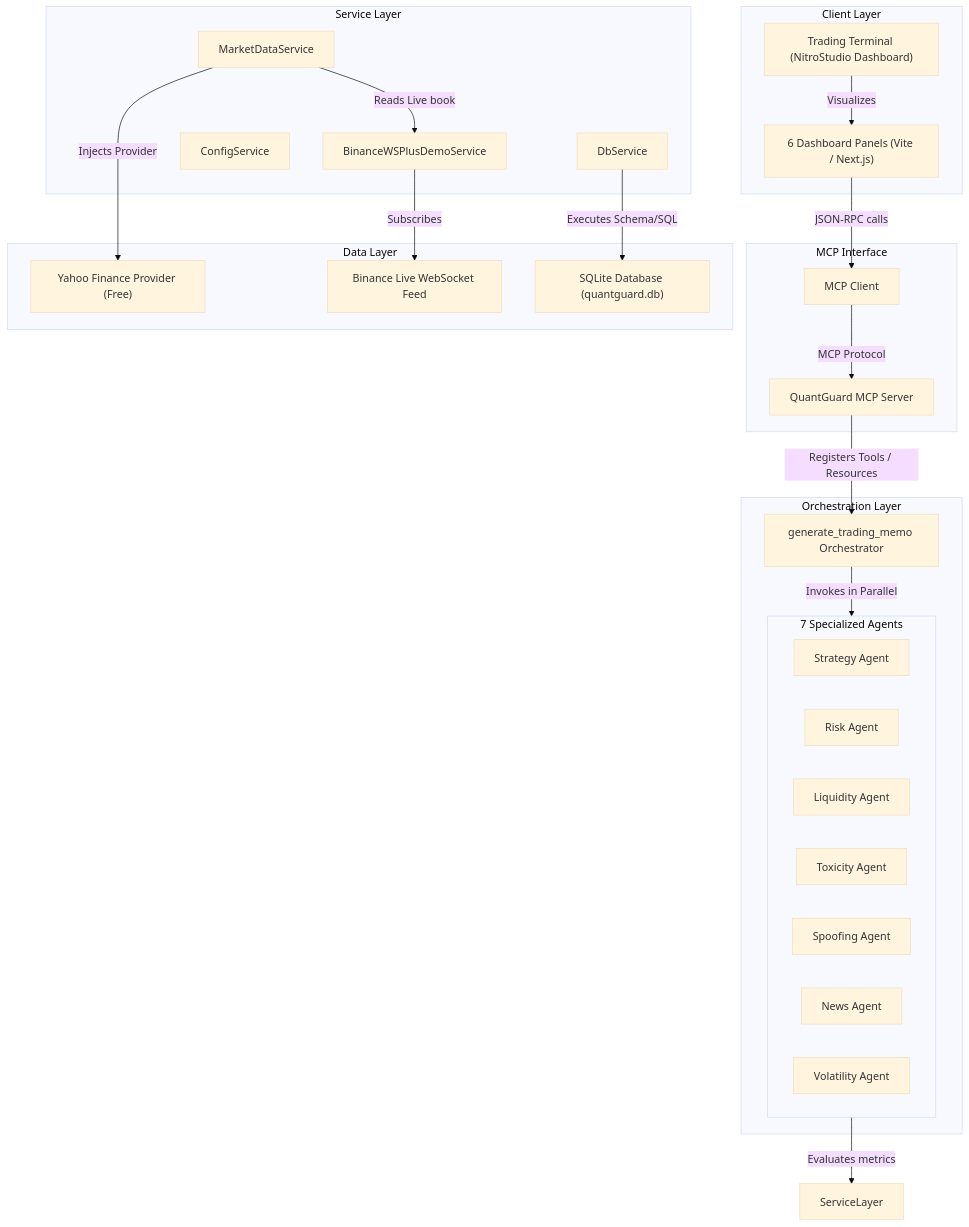
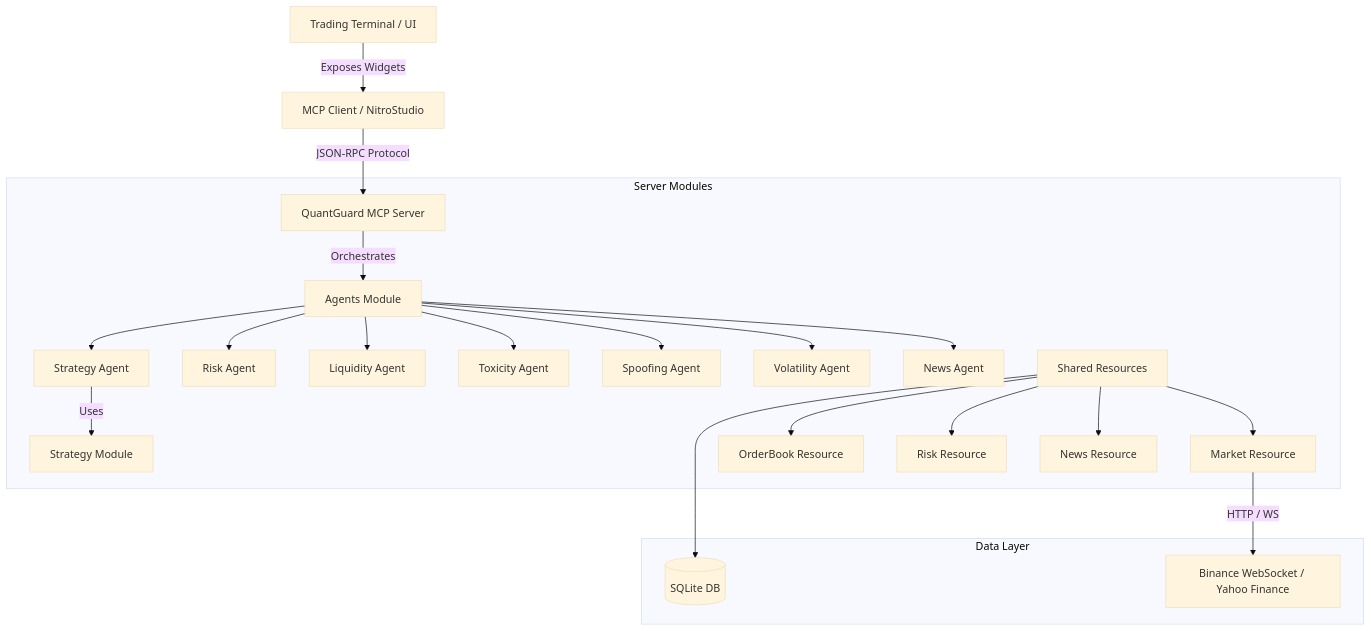
The first of 5 diagrams in LLD.md (siddhrrth/QuantGuard-MCP), drawn with Mermaid (base theme) before and after one commit. The commit also changed other lines of this file, not shown here.

````diff
--- a/LLD.md
+++ b/LLD.md
@@ -11,51 +9,30 @@
 ```mermaid
 graph TD
-    subgraph Client Layer [Client Layer]
-        Terminal["Trading Terminal (NitroStudio Dashboard)"]
-        Widgets["6 Dashboard Panels (Vite / Next.js)"]
+    Terminal[Trading Terminal / UI] -->|Exposes Widgets| Client[MCP Client / NitroStudio]
+    Client -->|JSON-RPC Protocol| Server[QuantGuard MCP Server]
+
+    subgraph Server Modules
+        Server -->|Orchestrates| AgentsModule[Agents Module]
+        
+        AgentsModule --> StrategyAgent[Strategy Agent]
+        AgentsModule --> RiskAgent[Risk Agent]
+        AgentsModule --> LiquidityAgent[Liquidity Agent]
+        AgentsModule --> ToxicityAgent[Toxicity Agent]
+        AgentsModule --> SpoofingAgent[Spoofing Agent]
+        AgentsModule --> VolatilityAgent[Volatility Agent]
+        AgentsModule --> NewsAgent[News Agent]
+        
+        StrategyAgent -->|Uses| StrategyModule[Strategy Module]
+        
+        SharedRes[Shared Resources]
+        SharedRes --> MarketRes[Market Resource]
+        SharedRes --> OBRes[OrderBook Resource]
+        SharedRes --> RiskRes[Risk Resource]
+        SharedRes --> NewsRes[News Resource]
     end
 
-    subgraph Interface Layer [MCP Interface]
-        Client["MCP Client"]
-        Server["QuantGuard MCP Server"]
+    subgraph Data Layer
+        SharedRes --> SQLite[(SQLite DB)]
+        MarketRes -->|HTTP / WS| Binance[Binance WebSocket / Yahoo Finance]
     end
-
-    subgraph Orchestration Layer [Orchestration Layer]
-        MemoOrch["generate_trading_memo Orchestrator"]
-        subgraph Agents [7 Specialized Agents]
-            StratAgent["Strategy Agent"]
-            RiskAgent["Risk Agent"]
-            LiqAgent["Liquidity Agent"]
-            ToxAgent["Toxicity Agent"]
-            SpoofAgent["Spoofing Agent"]
-            NewsAgent["News Agent"]
-            VolAgent["Volatility Agent"]
-        end
-    end
-
-    subgraph Service Layer [Service Layer]
-        DbSvc["DbService"]
-        ConfigSvc["ConfigService"]
-        MarketSvc["MarketDataService"]
-        BinanceWS["BinanceWSPlusDemoService"]
-    end
-
-    subgraph Data Sources [Data Layer]
-        Yahoo["Yahoo Finance Provider (Free)"]
-        BinanceFeed["Binance Live WebSocket Feed"]
-        SQLite["SQLite Database (quantguard.db)"]
-    end
-
-    Terminal -->|Visualizes| Widgets
-    Widgets -->|JSON-RPC calls| Client
-    Client -->|MCP Protocol| Server
-    Server -->|Registers Tools / Resources| MemoOrch
-
-    MemoOrch -->|Invokes in Parallel| Agents
-    Agents -->|Evaluates metrics| ServiceLayer
-
-    MarketSvc -->|Injects Provider| Yahoo
-    MarketSvc -->|Reads Live book| BinanceWS
-    BinanceWS -->|Subscribes| BinanceFeed
-    DbSvc -->|Executes Schema/SQL| SQLite
 ```
````
